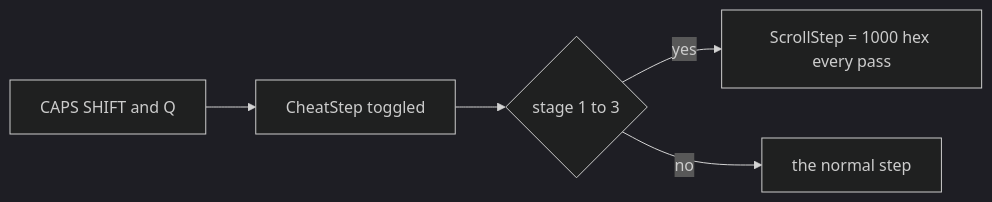
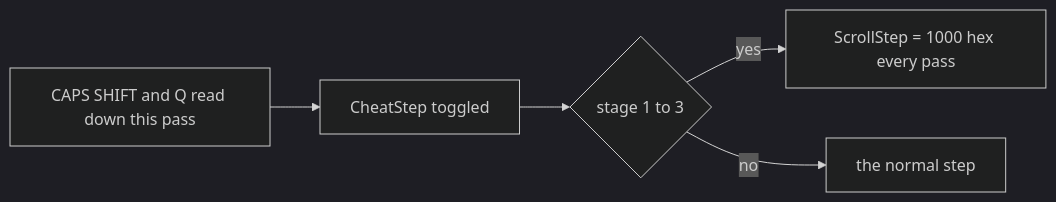
Before and after one commit to alfishe/unrealng-reverse-cases: the ninth of 9 diagrams in games/enduro-racer/docs/01-game-design.md, drawn with Mermaid (dark theme). The commit also changed other lines of this file and 29 other files, not shown here.

````diff
--- a/games/enduro-racer/docs/01-game-design.md
+++ b/games/enduro-racer/docs/01-game-design.md
@@ -524,7 +539,7 @@
 ```mermaid
 flowchart LR
-    A["CAPS SHIFT and Q"] --> B["CheatStep toggled"]
+    A["CAPS SHIFT and Q read down this pass"] --> B["CheatStep toggled"]
     B --> C{"stage 1 to 3"}
     C -->|yes| D["ScrollStep = 1000 hex every pass"]
     C -->|no| E["the normal step"]
 ```
````
